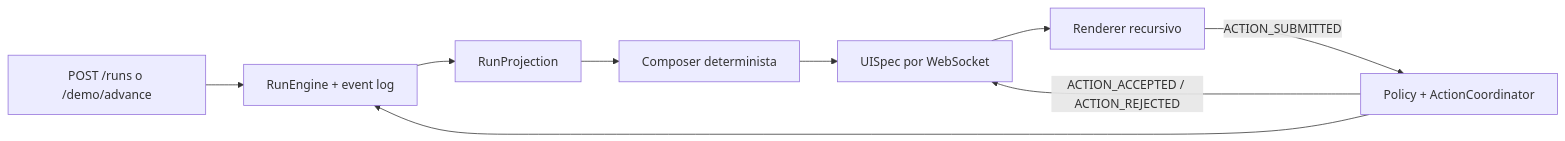
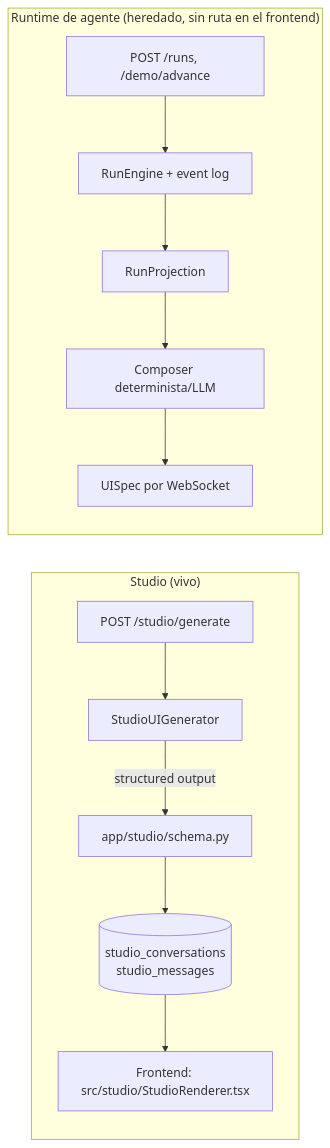
The diagram in README.md (KernelPanic04/Hack-a-ton-end), drawn with Mermaid before and after one commit. The commit also changed other lines of this file and 2 other files, not shown here.

First line of the commit message:
Rewrite README to document Studio and fix Studio env wiring gaps

````diff
--- a/README.md
+++ b/README.md
@@ -26,11 +82,15 @@
 ```mermaid
 flowchart LR
-    HTTP[POST /runs o /demo/advance] --> Engine[RunEngine + event log]
-    Engine --> Projection[RunProjection]
-    Projection --> Composer[Composer determinista]
-    Composer --> WS[UISpec por WebSocket]
-    WS --> Frontend[Renderer recursivo]
-    Frontend -->|ACTION_SUBMITTED| Policy[Policy + ActionCoordinator]
-    Policy -->|ACTION_ACCEPTED / ACTION_REJECTED| WS
-    Policy --> Engine
+    subgraph Studio["Studio (vivo)"]
+        Prompt[POST /studio/generate] --> Gen[StudioUIGenerator]
+        Gen -->|structured output| Schema[app/studio/schema.py]
+        Schema --> Store[(studio_conversations\nstudio_messages)]
+        Store --> UI[Frontend: src/studio/StudioRenderer.tsx]
+    end
+    subgraph Legacy["Runtime de agente (heredado, sin ruta en el frontend)"]
+        HTTP[POST /runs, /demo/advance] --> Engine[RunEngine + event log]
+        Engine --> Projection[RunProjection]
+        Projection --> Composer[Composer determinista/LLM]
+        Composer --> WS[UISpec por WebSocket]
+    end
 ```
````
